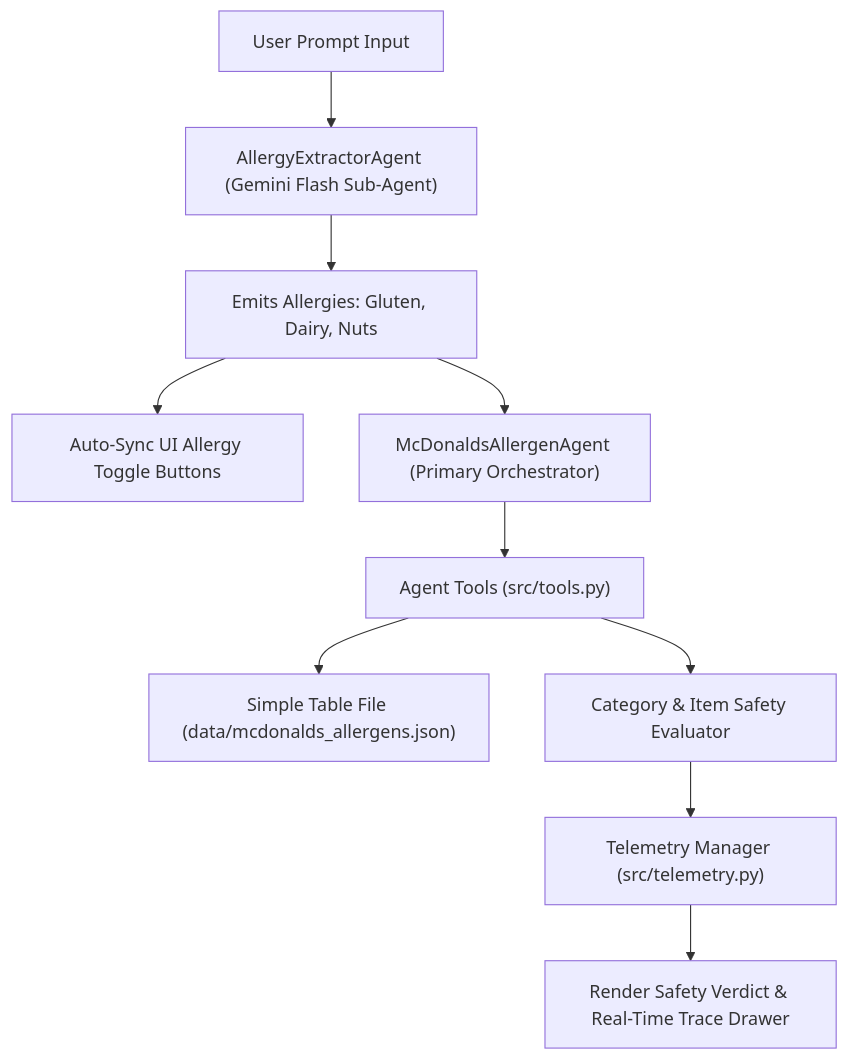
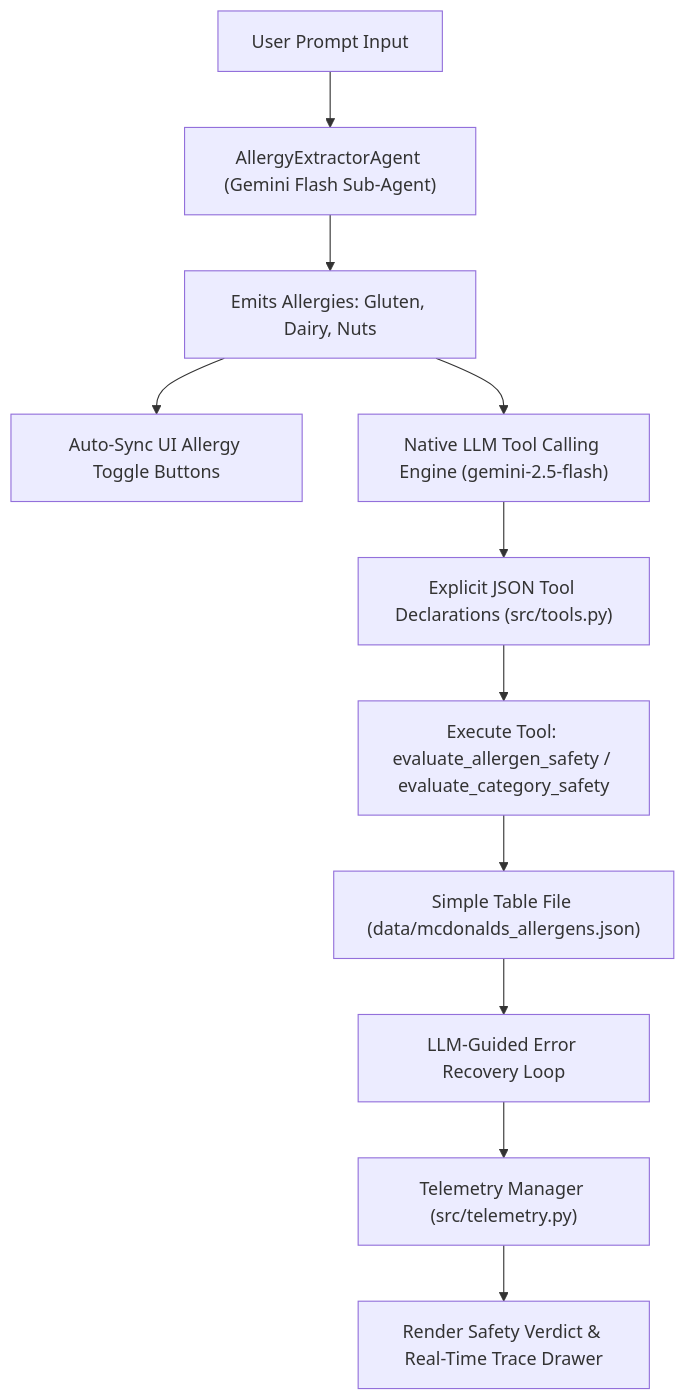
Before and after one commit to madcat101010/simple-allgergen-ai-lab: the diagram in README.md, drawn with Mermaid. The commit also changed other lines of this file and 2 other files, not shown here.

Commit message:
feat(llm): implement Native LLM Function Calling, explicit parameter schema docstrings, and LLM-guided error recovery

````diff
--- a/README.md
+++ b/README.md
@@ -22,12 +23,13 @@
 ```mermaid
 flowchart TD
     User["User Prompt Input"] --> SubAgent["AllergyExtractorAgent (Gemini Flash Sub-Agent)"]
     SubAgent --> EmittedAllergies["Emits Allergies: Gluten, Dairy, Nuts"]
     EmittedAllergies --> SyncUI["Auto-Sync UI Allergy Toggle Buttons"]
-    EmittedAllergies --> MainAgent["McDonaldsAllergenAgent (Primary Orchestrator)"]
-    MainAgent --> Tools["Agent Tools (src/tools.py)"]
+    EmittedAllergies --> LLM["Native LLM Tool Calling Engine (gemini-2.5-flash)"]
+    LLM --> Declarations["Explicit JSON Tool Declarations (src/tools.py)"]
+    Declarations --> Tools["Execute Tool: evaluate_allergen_safety / evaluate_category_safety"]
     Tools --> Table["Simple Table File (data/mcdonalds_allergens.json)"]
-    Tools --> CategoryEval["Category & Item Safety Evaluator"]
-    CategoryEval --> Telemetry["Telemetry Manager (src/telemetry.py)"]
+    Table --> ErrorRecovery["LLM-Guided Error Recovery Loop"]
+    ErrorRecovery --> Telemetry["Telemetry Manager (src/telemetry.py)"]
     Telemetry --> UI["Render Safety Verdict & Real-Time Trace Drawer"]
 ```
````
